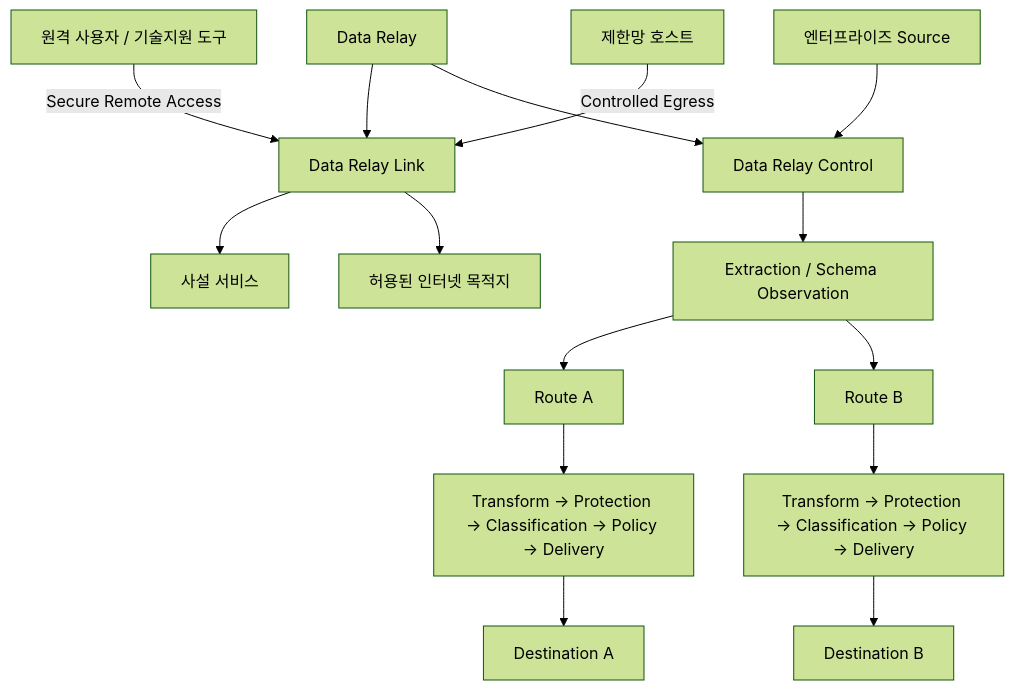
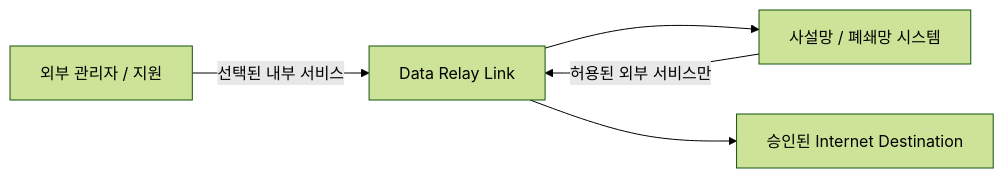
Before and after one commit to datarelay-labs/data-relay-docs: the first of 2 diagrams in ko/platform/architecture.mdx, drawn with Mermaid (forest theme). The commit also changed other lines of this file and 12 other files, not shown here.

First line of the commit message:
Correct Data Relay Link and Control positioning

````diff
--- a/ko/platform/architecture.mdx
+++ b/ko/platform/architecture.mdx
@@ -10,21 +14,7 @@
 ```mermaid
-flowchart TB
-    DR[Data Relay]
-
-    DR --> L[Data Relay Link]
-    DR --> C[Data Relay Control]
-
-    RU[원격 사용자 / 기술지원 도구] -->|Secure Remote Access| L
-    RH[제한망 호스트] -->|Controlled Egress| L
-    L --> PS[사설 서비스]
-    L --> AI[허용된 인터넷 목적지]
-
-    SRC[엔터프라이즈 Source] --> C
-    C --> OBS[Extraction / Schema Observation]
-    OBS --> RA[Route A]
-    OBS --> RB[Route B]
-    RA --> PA[Transform → Protection → Classification → Policy → Delivery]
-    RB --> PB[Transform → Protection → Classification → Policy → Delivery]
-    PA --> DA[Destination A]
-    PB --> DB[Destination B]
+flowchart LR
+    U[외부 관리자 / 지원] -->|선택된 내부 서비스| L[Data Relay Link]
+    L --> P[사설망 / 폐쇄망 시스템]
+    P -->|허용된 외부 서비스만| L
+    L --> E[승인된 Internet Destination]
 ```
````
